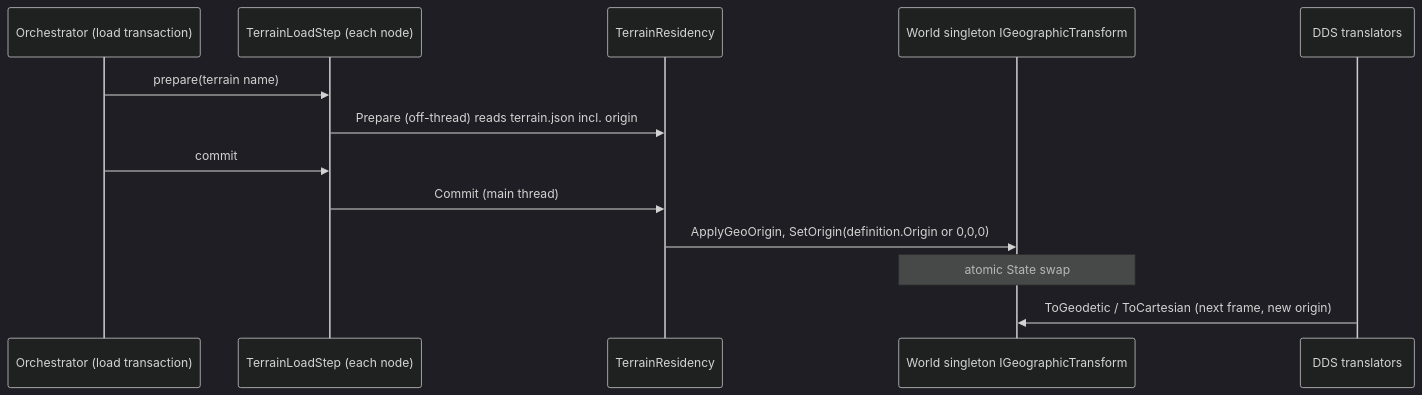
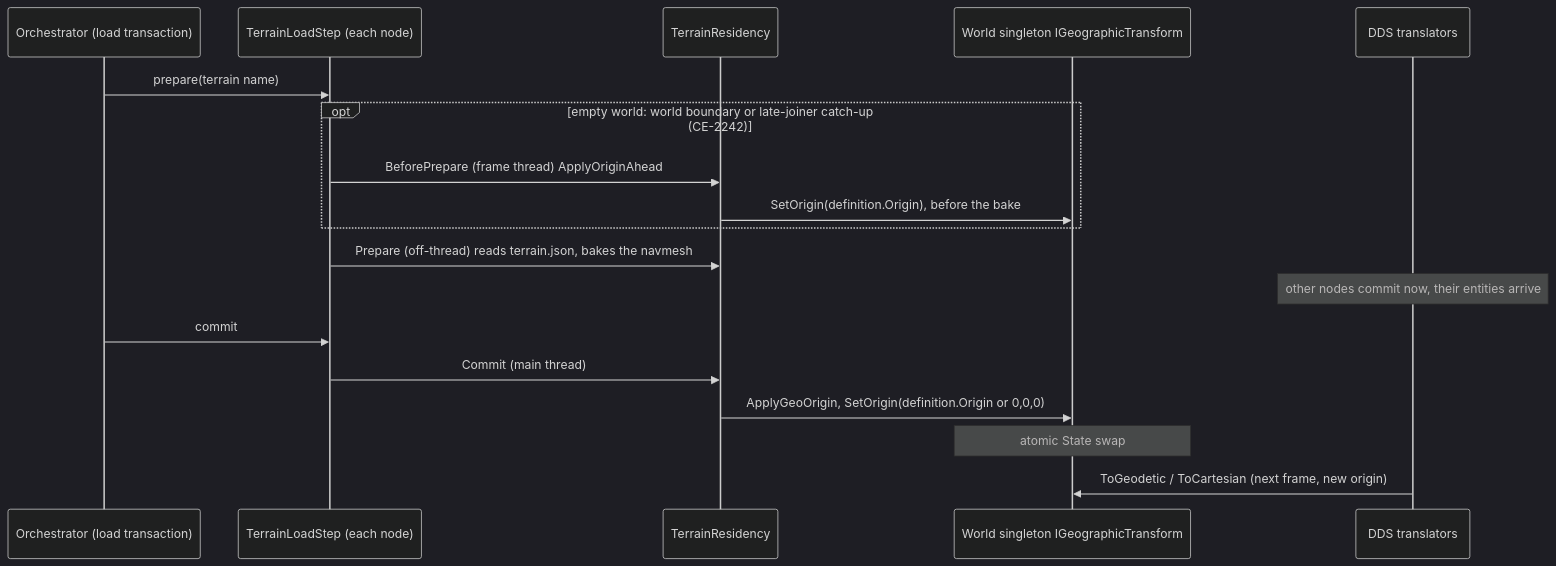
The second of 6 diagrams in docs/DESIGN_Geo_Origin.md (pjanec/HROT), drawn with Mermaid (dark theme) before and after one commit. The commit also changed other lines of this file and 7 other files, not shown here.

````diff
--- a/docs/DESIGN_Geo_Origin.md
+++ b/docs/DESIGN_Geo_Origin.md
@@ -91,15 +91,20 @@
 ```mermaid
 sequenceDiagram
   participant O as Orchestrator (load transaction)
   participant T as TerrainLoadStep (each node)
   participant R as TerrainResidency
   participant G as World singleton IGeographicTransform
   participant X as DDS translators
   O->>T: prepare(terrain name)
-  T->>R: Prepare (off-thread) reads terrain.json incl. origin
+  opt empty world: world boundary or late-joiner catch-up (CE-2242)
+    T->>R: BeforePrepare (frame thread) ApplyOriginAhead
+    R->>G: SetOrigin(definition.Origin), before the bake
+  end
+  T->>R: Prepare (off-thread) reads terrain.json, bakes the navmesh
+  Note over X: other nodes commit now, their entities arrive
   O->>T: commit
   T->>R: Commit (main thread)
   R->>G: ApplyGeoOrigin, SetOrigin(definition.Origin or 0,0,0)
   Note over G: atomic State swap
   X->>G: ToGeodetic / ToCartesian (next frame, new origin)
 ```
````
